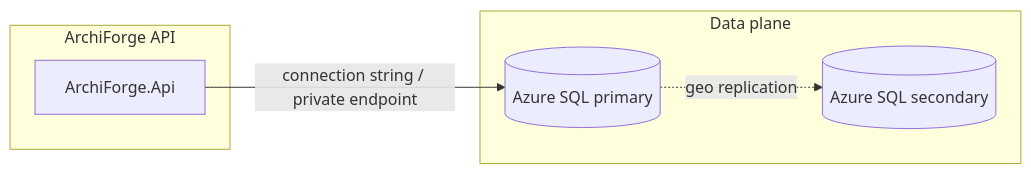
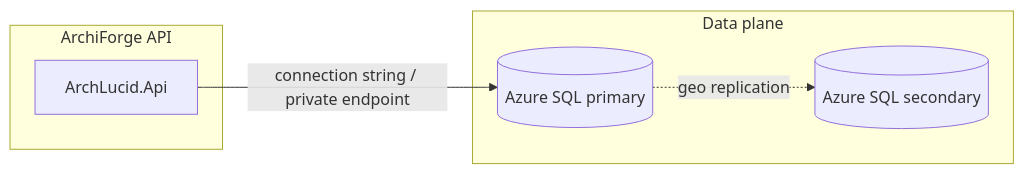
The diagram in docs/runbooks/DATABASE_FAILOVER.md (joefrancisGA/ArchLucid), drawn with Mermaid before and after one commit. The commit also changed other lines of this file and 2569 other files, not shown here.

````diff
--- a/docs/runbooks/DATABASE_FAILOVER.md
+++ b/docs/runbooks/DATABASE_FAILOVER.md
@@ -15,12 +15,12 @@
 ```mermaid
 flowchart LR
   subgraph app [ArchiForge API]
-    Api[ArchiForge.Api]
+    Api[ArchLucid.Api]
   end
   subgraph data [Data plane]
     SqlPrimary[(Azure SQL primary)]
     SqlSecondary[(Azure SQL secondary)]
   end
   Api -->|connection string / private endpoint| SqlPrimary
   SqlPrimary -. geo replication .-> SqlSecondary
 ```
````
